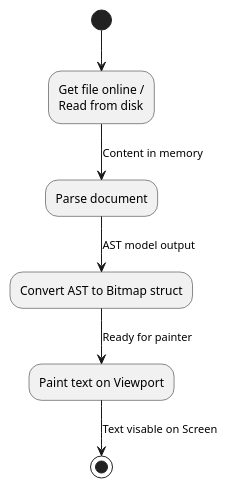
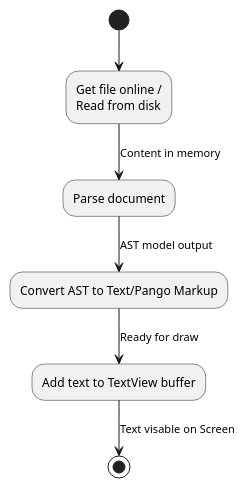
Before and after one commit to LibreWeb/LibreWeb-Browser: the second of 2 diagrams in docs/diagrams.md, drawn with PlantUML. The commit also changed other lines of this file and 1 other file, not shown here.

````diff
--- a/docs/diagrams.md
+++ b/docs/diagrams.md
@@ -37,7 +28,7 @@
 ```plantuml
 (*) --> "Get file online /\nRead from disk"
 -->[Content in memory] "Parse document"
--->[AST model output] "Convert AST to Bitmap struct"
--->[Ready for painter] "Paint text on Viewport"
+-->[AST model output] "Convert AST to Text/Pango Markup"
+-->[Ready for draw] "Add text to TextView buffer"
 -->[Text visable on Screen] (*)
 ```
````
